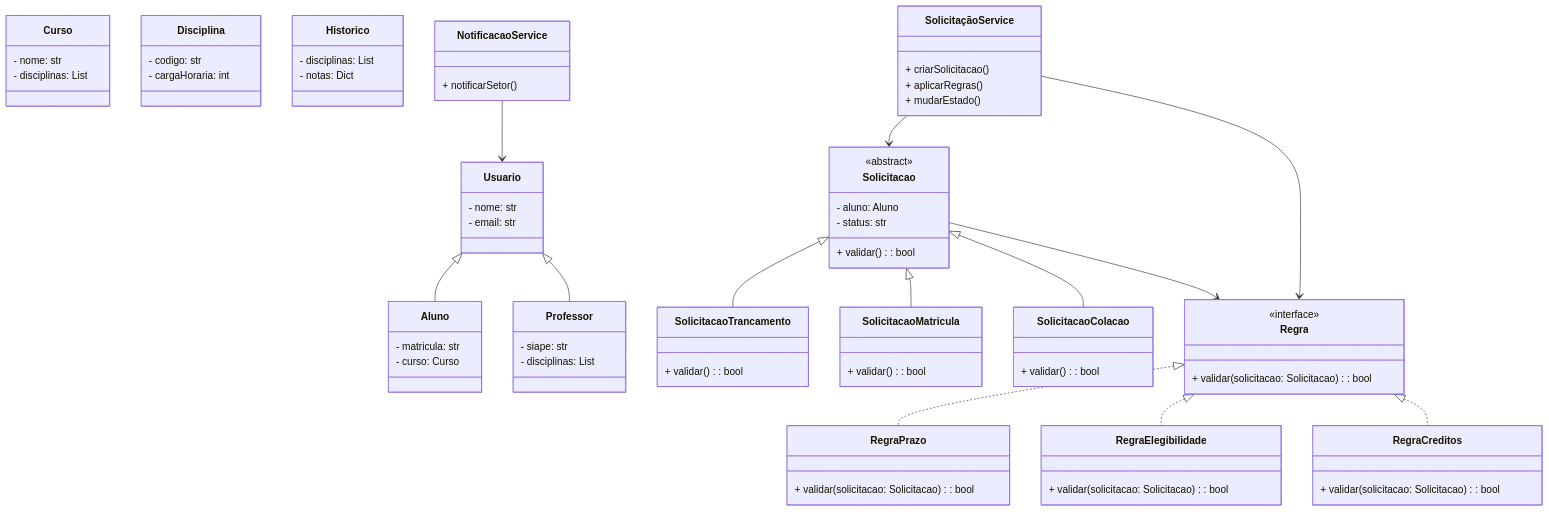
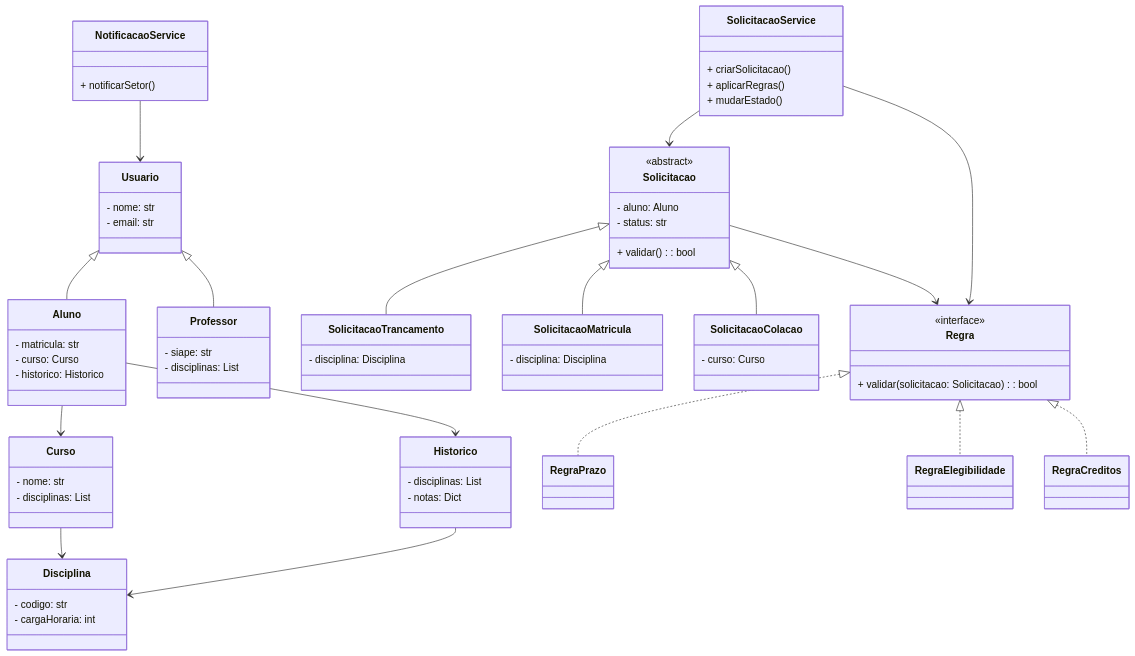
The diagram in README.md (carlossan25c/Sistema-SGPAD-), drawn with Mermaid before and after one commit. The commit also changed other lines of this file, not shown here.

````diff
--- a/README.md
+++ b/README.md
@@ -39,96 +39,95 @@
 ```mermaid
 classDiagram
+    %% =========================
+    %% Usuários
+    %% =========================
     class Usuario {
         - nome: str
         - email: str
     }
-
     class Aluno {
         - matricula: str
         - curso: Curso
+        - historico: Historico
     }
-
     class Professor {
         - siape: str
         - disciplinas: List<Disciplina>
     }
-
     Usuario <|-- Aluno
     Usuario <|-- Professor
 
+    %% =========================
+    %% Domínio Acadêmico
+    %% =========================
     class Curso {
         - nome: str
         - disciplinas: List<Disciplina>
     }
-
     class Disciplina {
         - codigo: str
         - cargaHoraria: int
     }
-
     class Historico {
         - disciplinas: List<Disciplina>
         - notas: Dict
     }
 
+    Aluno --> Curso
+    Aluno --> Historico
+    Curso --> Disciplina
+    Historico --> Disciplina
+
+    %% =========================
+    %% Solicitações
+    %% =========================
     class Solicitacao {
         <<abstract>>
         - aluno: Aluno
         - status: str
         + validar(): bool
     }
-
     class SolicitacaoTrancamento {
-        + validar(): bool
+        - disciplina: Disciplina
     }
-
     class SolicitacaoMatricula {
-        + validar(): bool
+        - disciplina: Disciplina
     }
-
     class SolicitacaoColacao {
-        + validar(): bool
+        - curso: Curso
     }
-
     Solicitacao <|-- SolicitacaoTrancamento
     Solicitacao <|-- SolicitacaoMatricula
     Solicitacao <|-- SolicitacaoColacao
 
+    %% =========================
+    %% Regras (Strategy)
+    %% =========================
     class Regra {
         <<interface>>
         + validar(solicitacao: Solicitacao): bool
     }
-
-    class RegraPrazo {
-        + validar(solicitacao: Solicitacao): bool
-    }
-
-    class RegraElegibilidade {
-        + validar(solicitacao: Solicitacao): bool
-    }
-
-    class RegraCreditos {
-        + validar(solicitacao: Solicitacao): bool
-    }
-
+    class RegraPrazo
+    class RegraElegibilidade
+    class RegraCreditos
     Regra <|.. RegraPrazo
     Regra <|.. RegraElegibilidade
     Regra <|.. RegraCreditos
-
     Solicitacao --> Regra
 
-    class SolicitaçãoService {
+    %% =========================
+    %% Serviços
+    %% =========================
+    class SolicitacaoService {
         + criarSolicitacao()
         + aplicarRegras()
         + mudarEstado()
     }
-
     class NotificacaoService {
         + notificarSetor()
     }
-
-    SolicitaçãoService --> Solicitacao
-    SolicitaçãoService --> Regra
+    SolicitacaoService --> Solicitacao
+    SolicitacaoService --> Regra
     NotificacaoService --> Usuario
 
 ```
````
